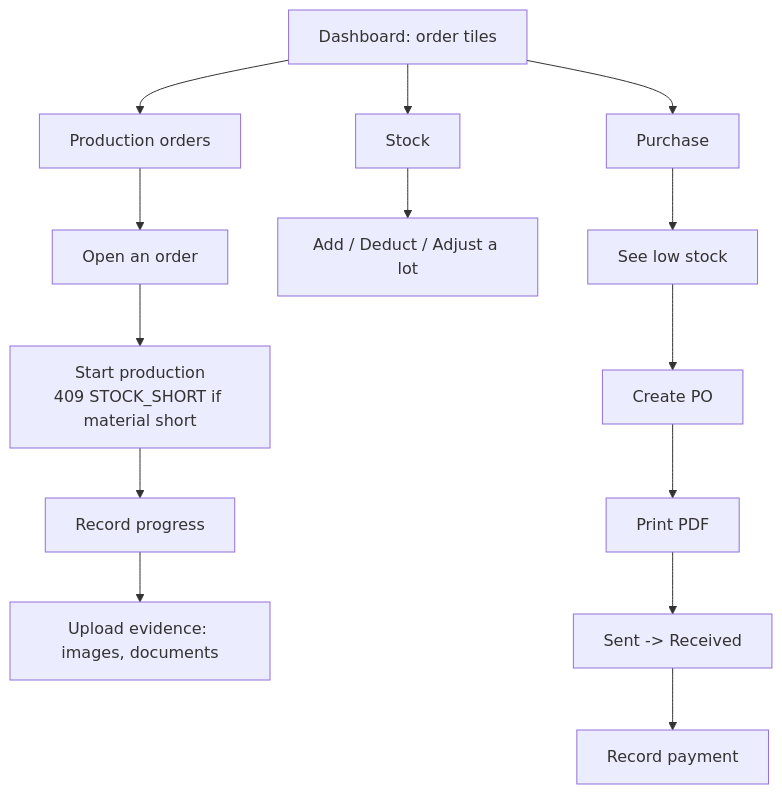
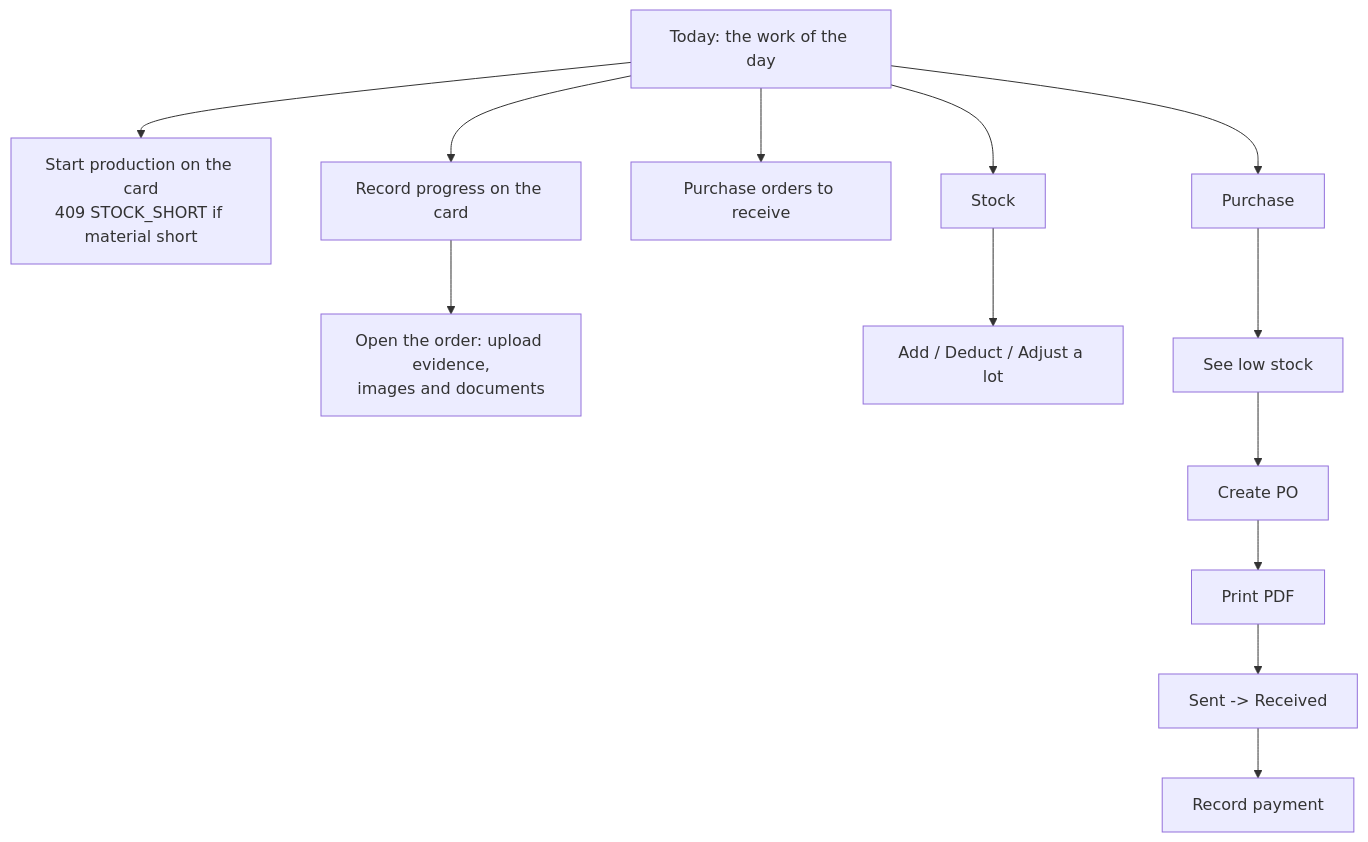
Before and after one commit to Detmon0410/Base_Sample_ERP: the second of 4 diagrams in ProjectdocInfo/User Flow.md, drawn with Mermaid. The commit also changed other lines of this file and 11 other files, not shown here.

Commit message:
Docs: the diagrams, the API notes and the README follow the one-page Sales and Accounting, and Today

````diff
--- a/ProjectdocInfo/User Flow.md
+++ b/ProjectdocInfo/User Flow.md
@@ -21,16 +21,15 @@
 ```mermaid
 flowchart TD
-    D[Dashboard: order tiles] --> O[Production orders]
-    O --> O1[Open an order]
-    O1 --> O2[Start production<br/>409 STOCK_SHORT if material short]
-    O2 --> O3[Record progress]
-    O3 --> O4[Upload evidence: images, documents]
+    D[Today: the work of the day] --> O2[Start production on the card<br/>409 STOCK_SHORT if material short]
+    D --> O3[Record progress on the card]
+    O3 --> O4[Open the order: upload evidence,<br/>images and documents]
+    D --> R[Purchase orders to receive]
     D --> S[Stock]
     S --> S1[Add / Deduct / Adjust a lot]
     D --> P[Purchase]
     P --> P1[See low stock]
     P1 --> P2[Create PO]
     P2 --> P3[Print PDF]
     P3 --> P4[Sent -> Received]
     P4 --> P5[Record payment]
 ```
````
